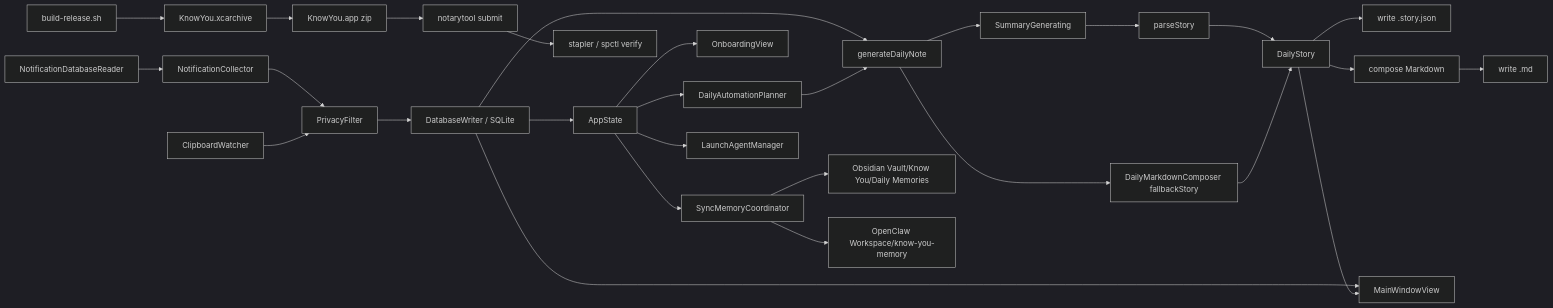
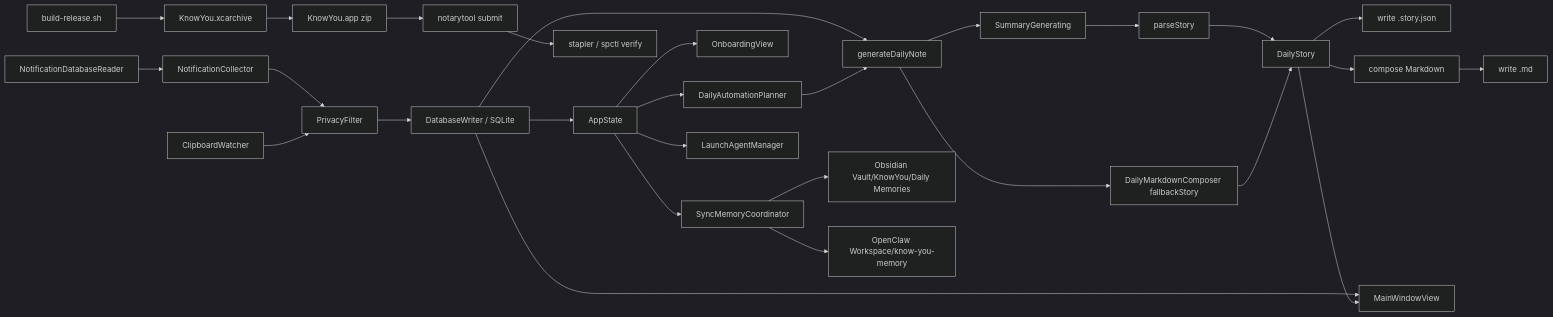
One commit to gift-is-coding/know-you-open-source changed the first of 2 diagrams in docs/architecture.md. Above: the diagram before and after it, drawn with Mermaid (dark theme). The commit also changed other lines of this file and 44 other files, not shown here.

Commit message:
Rename Know You to KnowYou

````diff
--- a/docs/architecture.md
+++ b/docs/architecture.md
@@ -31,30 +31,30 @@
 ```mermaid
 flowchart LR
     A[ClipboardWatcher] --> B[PrivacyFilter]
     C[NotificationDatabaseReader] --> D[NotificationCollector]
     D --> B
     B --> E[DatabaseWriter / SQLite]
     E --> F[AppState]
     F --> G[DailyAutomationPlanner]
     G --> H[generateDailyNote]
     E --> H
     H --> I[DailyMarkdownComposer fallbackStory]
     H --> J[SummaryGenerating]
     J --> K[parseStory]
     I --> L[DailyStory]
     K --> L
     L --> M[write .story.json]
     L --> N[compose Markdown]
     N --> O[write .md]
     L --> P[MainWindowView]
     F --> Q[OnboardingView]
     E --> P
     F --> R[SyncMemoryCoordinator]
-    R --> S[Obsidian Vault/Know You/Daily Memories]
+    R --> S[Obsidian Vault/KnowYou/Daily Memories]
     R --> T[OpenClaw Workspace/know-you-memory]
     F --> U[LaunchAgentManager]
     V[build-release.sh] --> W[KnowYou.xcarchive]
     W --> X[KnowYou.app zip]
     X --> Y[notarytool submit]
     Y --> Z[stapler / spctl verify]
 ```
````
